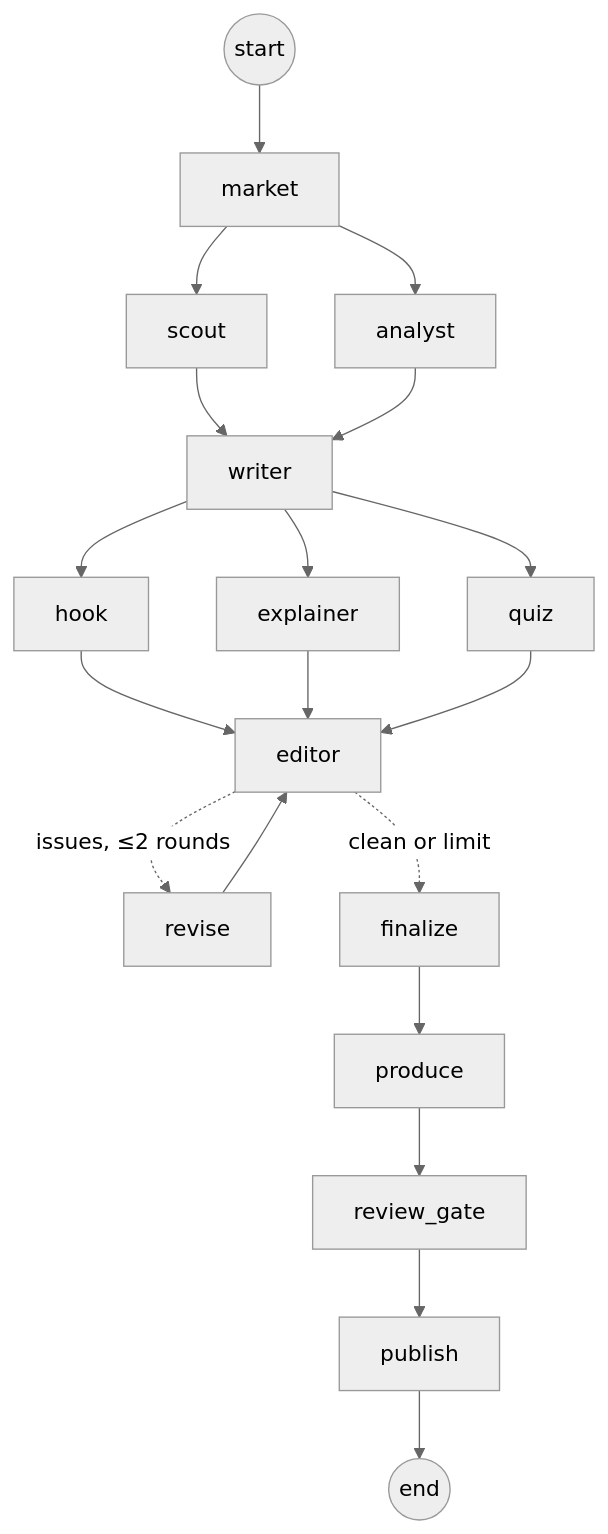
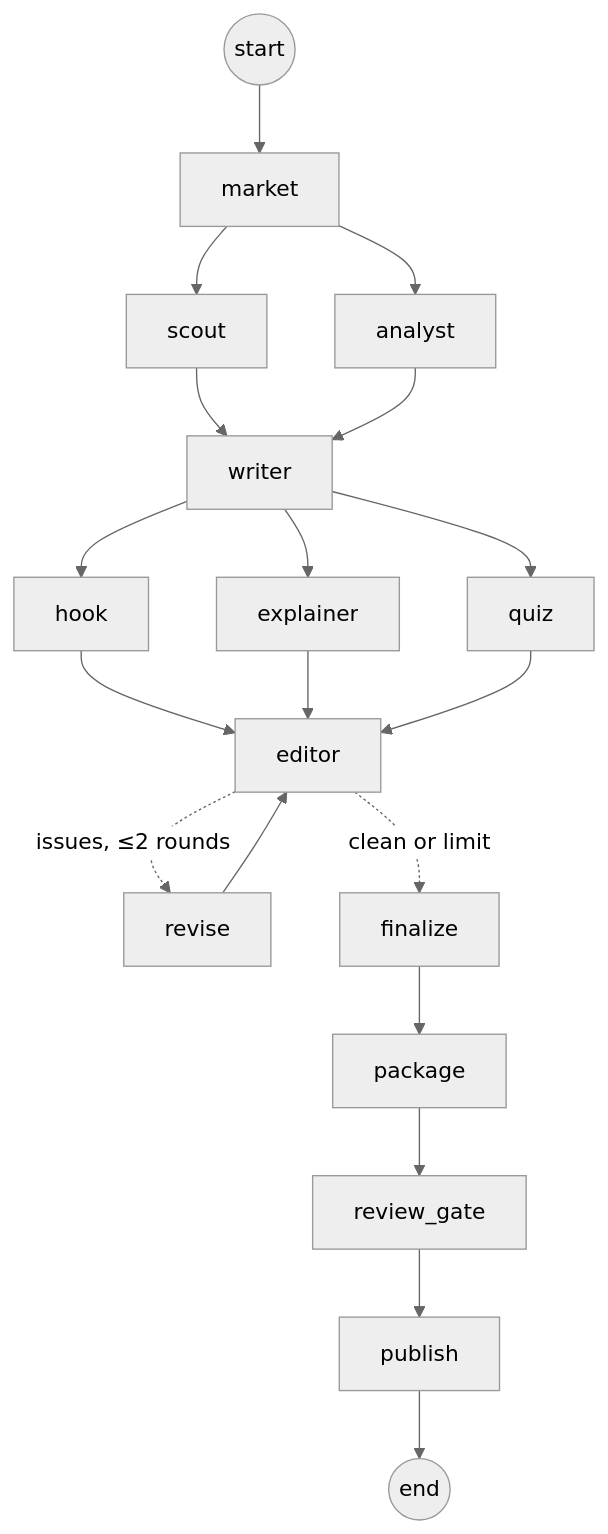
One commit to Hamidreza59/newsroom-ai changed the first of 2 diagrams in docs/AGENTIC_PRINCIPLES.md. Above: the diagram before and after it, drawn with Mermaid (neutral theme). The commit also changed other lines of this file and 118 other files, not shown here.

````diff
--- a/docs/AGENTIC_PRINCIPLES.md
+++ b/docs/AGENTIC_PRINCIPLES.md
@@ -49,11 +49,11 @@
 ```mermaid
 flowchart TD
     START((start)) --> market
     market --> scout & analyst
     scout & analyst --> writer
     writer --> hook & explainer & quiz
     hook & explainer & quiz --> editor
     editor -. issues, ≤2 rounds .-> revise --> editor
     editor -. clean or limit .-> finalize
-    finalize --> produce --> review_gate --> publish --> END((end))
+    finalize --> package --> review_gate --> publish --> END((end))
 ```
````
